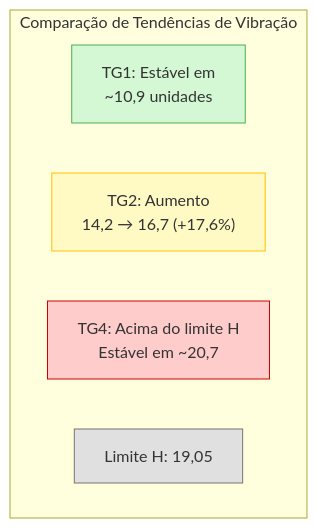
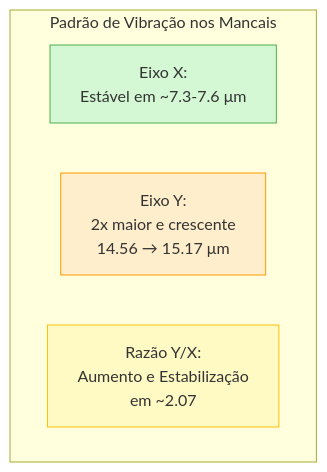
One commit to wonder-dmercadal/PublicReports changed the sixth of 11 diagrams in Frade_TG2_Analysis.md. Above: the diagram before and after it, drawn with Mermaid. The commit also changed other lines of this file, not shown here.

````diff
--- a/Frade_TG2_Analysis.md
+++ b/Frade_TG2_Analysis.md
@@ -258,19 +207,16 @@
 ```mermaid
 graph TD
-    subgraph "Comparação de Tendências de Vibração"
-    A["TG1: Estável em<br>~10,9 unidades"] 
-    B["TG2: Aumento<br>14,2 → 16,7 (+17,6%)"]
-    C["TG4: Acima do limite H<br>Estável em ~20,7"]
-    D["Limite H: 19,05"]
+    subgraph "Padrão de Vibração nos Mancais"
+    A["Eixo X:<br>Estável em ~7.3-7.6 μm"] 
+    B["Eixo Y:<br>2x maior e crescente<br>14.56 → 15.17 μm"]
+    C["Razão Y/X:<br>Aumento e Estabilização<br>em ~2.07"]
     end
     
-    classDef good fill:#d4f7d4,stroke:#4CAF50
-    classDef warning fill:#fff9c4,stroke:#FFC107
-    classDef danger fill:#ffcccc,stroke:#cc0000
-    classDef limit fill:#e0e0e0,stroke:#757575
+    classDef normal fill:#d4f7d4,stroke:#4CAF50
+    classDef abnormal fill:#ffeecc,stroke:#ff9900
+    classDef ratio fill:#fff9c4,stroke:#FFC107
     
-    class A good
-    class B warning
-    class C danger
-    class D limit
+    class A normal
+    class B abnormal
+    class C ratio
 ```
````
